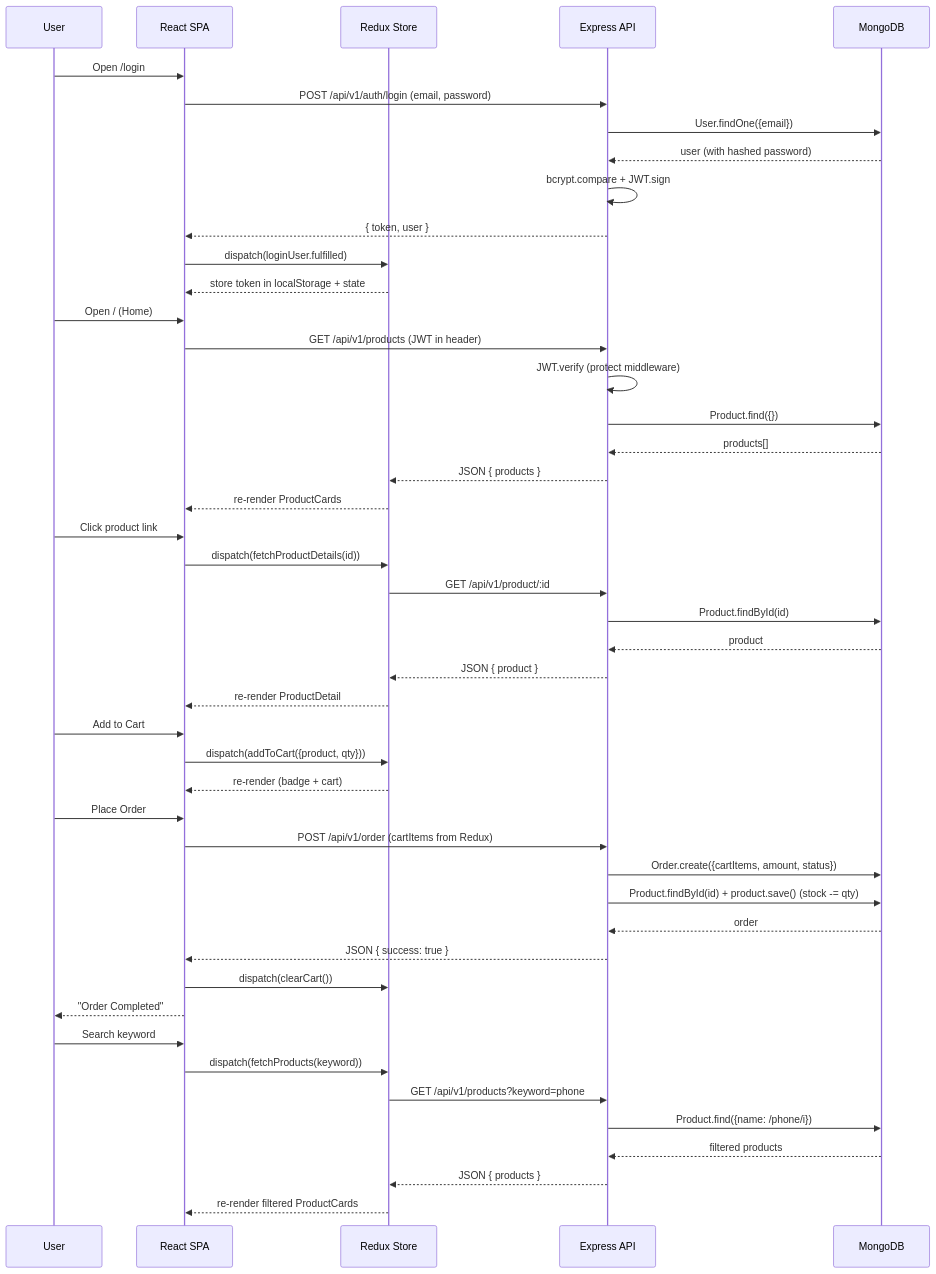
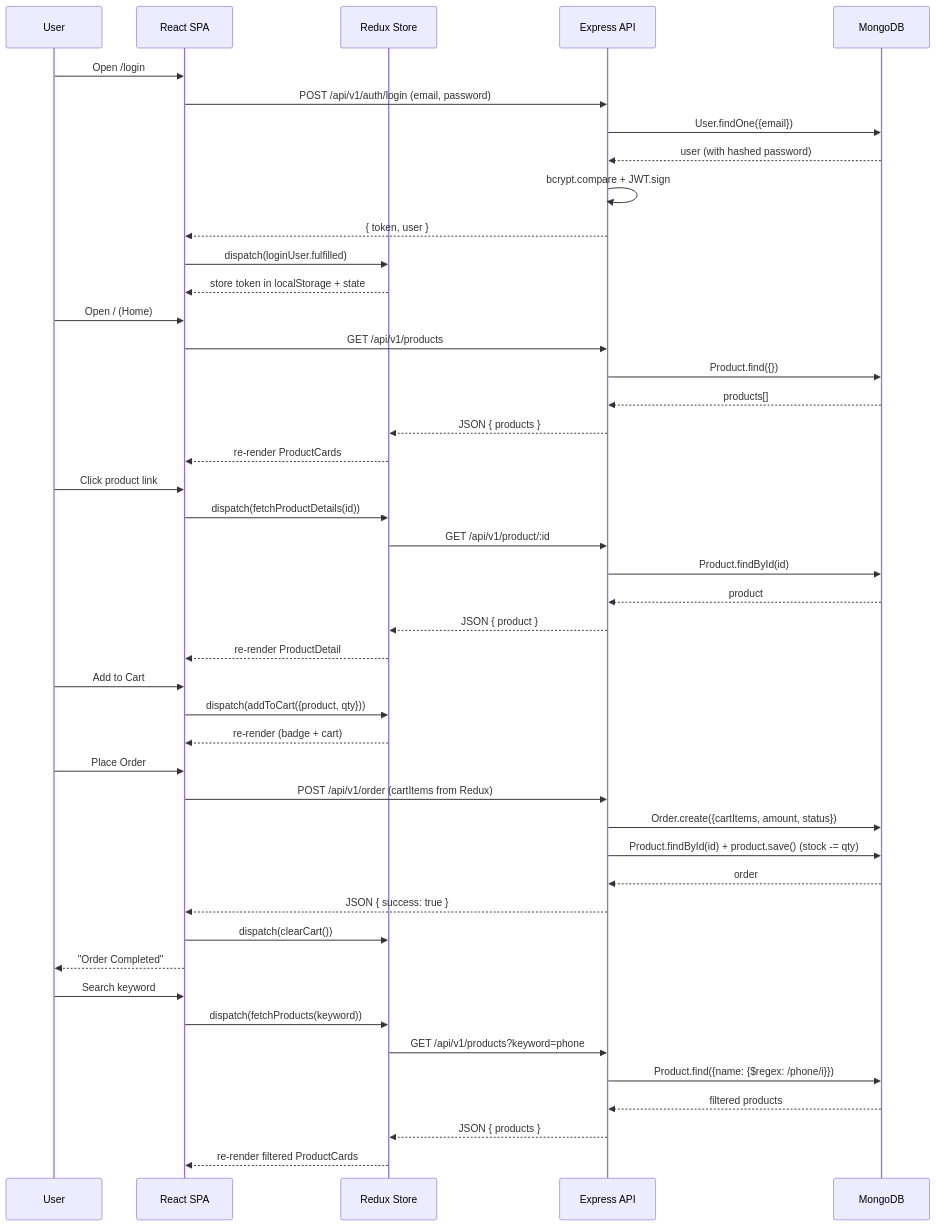
Before and after one commit to Makeshkumar103/Redux-Ecommerce: the second of 3 diagrams in ARCHITECTURE.md, drawn with Mermaid. The commit also changed other lines of this file and 16 other files, not shown here.

````diff
--- a/ARCHITECTURE.md
+++ b/ARCHITECTURE.md
@@ -63,54 +65,53 @@
 ```mermaid
 sequenceDiagram
     participant User
     participant Browser as React SPA
     participant Redux as Redux Store
     participant API as Express API
     participant DB as MongoDB
 
     User->>Browser: Open /login
     Browser->>API: POST /api/v1/auth/login (email, password)
     API->>DB: User.findOne({email})
     DB-->>API: user (with hashed password)
     API->>API: bcrypt.compare + JWT.sign
     API-->>Browser: { token, user }
     Browser->>Redux: dispatch(loginUser.fulfilled)
     Redux-->>Browser: store token in localStorage + state
 
     User->>Browser: Open / (Home)
-    Browser->>API: GET /api/v1/products (JWT in header)
-    API->>API: JWT.verify (protect middleware)
+    Browser->>API: GET /api/v1/products
     API->>DB: Product.find({})
     DB-->>API: products[]
     API-->>Redux: JSON { products }
     Redux-->>Browser: re-render ProductCards
 
     User->>Browser: Click product link
     Browser->>Redux: dispatch(fetchProductDetails(id))
     Redux->>API: GET /api/v1/product/:id
     API->>DB: Product.findById(id)
     DB-->>API: product
     API-->>Redux: JSON { product }
     Redux-->>Browser: re-render ProductDetail
 
     User->>Browser: Add to Cart
     Browser->>Redux: dispatch(addToCart({product, qty}))
     Redux-->>Browser: re-render (badge + cart)
 
     User->>Browser: Place Order
     Browser->>API: POST /api/v1/order (cartItems from Redux)
     API->>DB: Order.create({cartItems, amount, status})
     API->>DB: Product.findById(id) + product.save() (stock -= qty)
     DB-->>API: order
     API-->>Browser: JSON { success: true }
     Browser->>Redux: dispatch(clearCart())
     Browser-->>User: "Order Completed"
 
     User->>Browser: Search keyword
     Browser->>Redux: dispatch(fetchProducts(keyword))
     Redux->>API: GET /api/v1/products?keyword=phone
-    API->>DB: Product.find({name: /phone/i})
+    API->>DB: Product.find({name: {$regex: /phone/i}})
     DB-->>API: filtered products
     API-->>Redux: JSON { products }
     Redux-->>Browser: re-render filtered ProductCards
 ```
````
